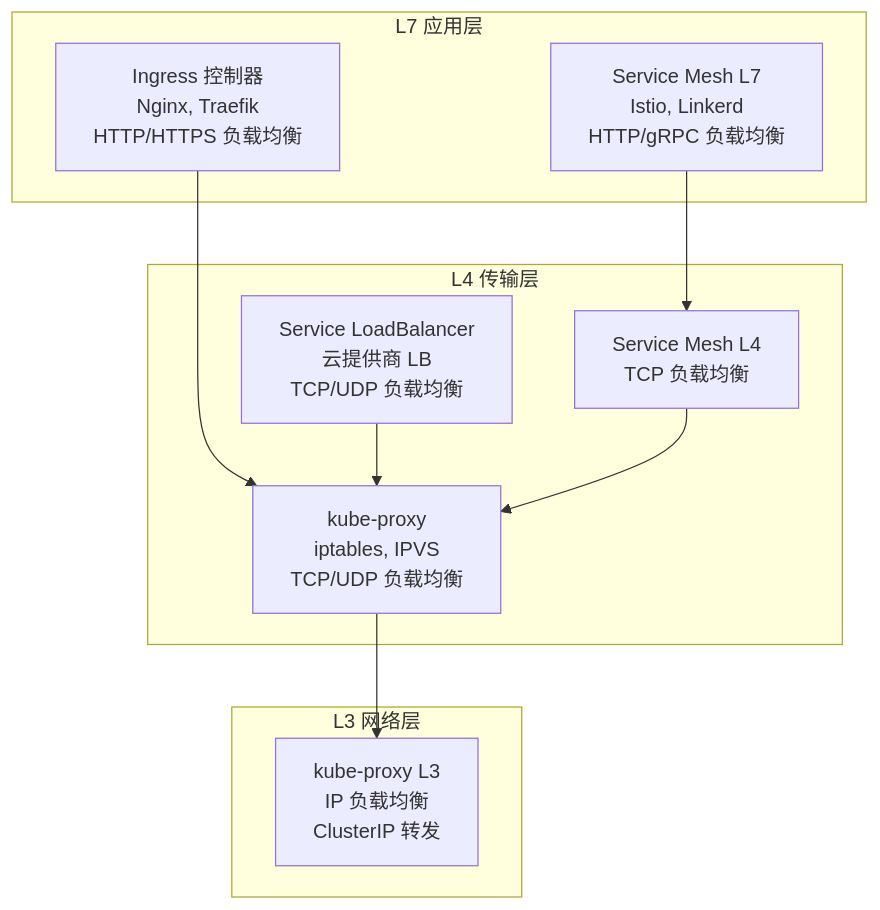
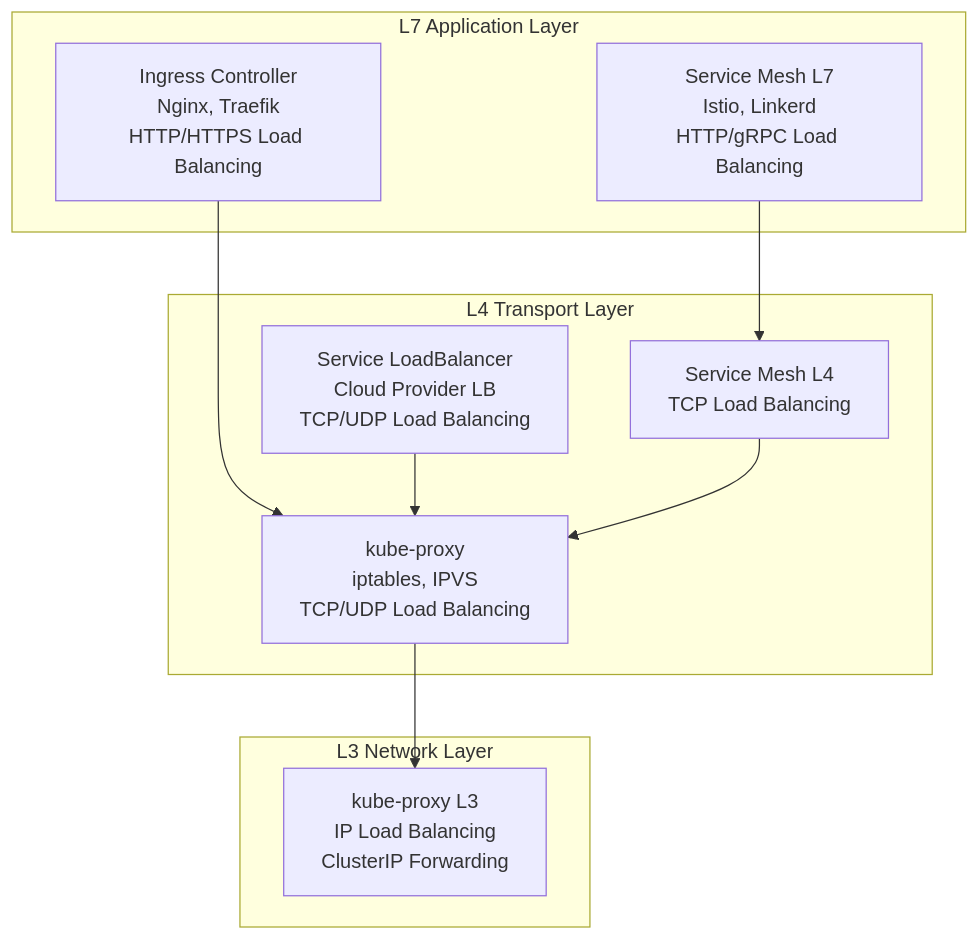
The first of 8 diagrams in files/k8s-lb.md (liweinan/deepseek-answers), drawn with Mermaid before and after one commit. The commit also changed other lines of this file and 135 other files, not shown here.

````diff
--- a/files/k8s-lb.md
+++ b/files/k8s-lb.md
@@ -83,24 +83,24 @@
 ```mermaid
 graph TD
-    subgraph L7["L7 应用层"]
-        Ingress["Ingress 控制器<br/>Nginx, Traefik<br/>HTTP/HTTPS 负载均衡"]
-        ServiceMeshL7["Service Mesh L7<br/>Istio, Linkerd<br/>HTTP/gRPC 负载均衡"]
+    subgraph L7["L7 Application Layer"]
+        Ingress["Ingress Controller<br/>Nginx, Traefik<br/>HTTP/HTTPS Load Balancing"]
+        ServiceMeshL7["Service Mesh L7<br/>Istio, Linkerd<br/>HTTP/gRPC Load Balancing"]
     end
     
-    subgraph L4["L4 传输层"]
-        ServiceLB["Service LoadBalancer<br/>云提供商 LB<br/>TCP/UDP 负载均衡"]
-        KubeProxy["kube-proxy<br/>iptables, IPVS<br/>TCP/UDP 负载均衡"]
-        ServiceMeshL4["Service Mesh L4<br/>TCP 负载均衡"]
+    subgraph L4["L4 Transport Layer"]
+        ServiceLB["Service LoadBalancer<br/>Cloud Provider LB<br/>TCP/UDP Load Balancing"]
+        KubeProxy["kube-proxy<br/>iptables, IPVS<br/>TCP/UDP Load Balancing"]
+        ServiceMeshL4["Service Mesh L4<br/>TCP Load Balancing"]
     end
     
-    subgraph L3["L3 网络层"]
-        KubeProxyL3["kube-proxy L3<br/>IP 负载均衡<br/>ClusterIP 转发"]
+    subgraph L3["L3 Network Layer"]
+        KubeProxyL3["kube-proxy L3<br/>IP Load Balancing<br/>ClusterIP Forwarding"]
     end
     
-    %% 连接关系
+    %% Connections
     Ingress --> KubeProxy
     ServiceLB --> KubeProxy
     ServiceMeshL7 --> ServiceMeshL4
     ServiceMeshL4 --> KubeProxy
     KubeProxy --> KubeProxyL3
 ```
````
